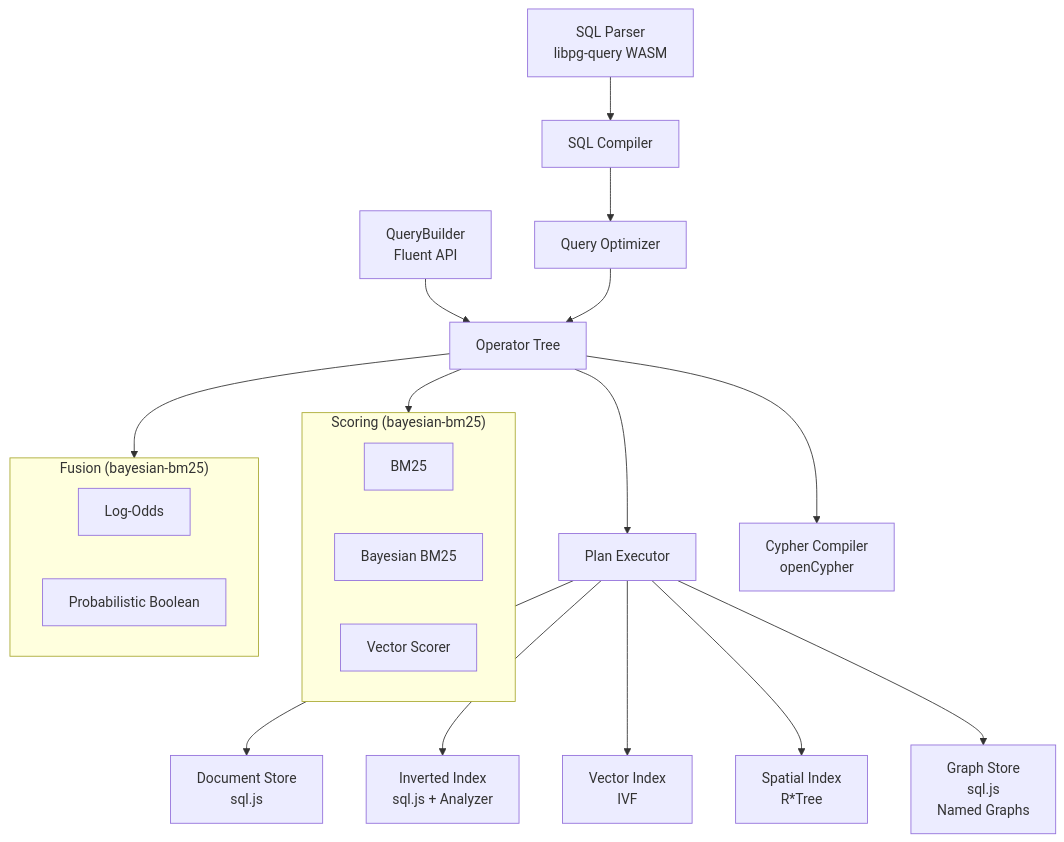
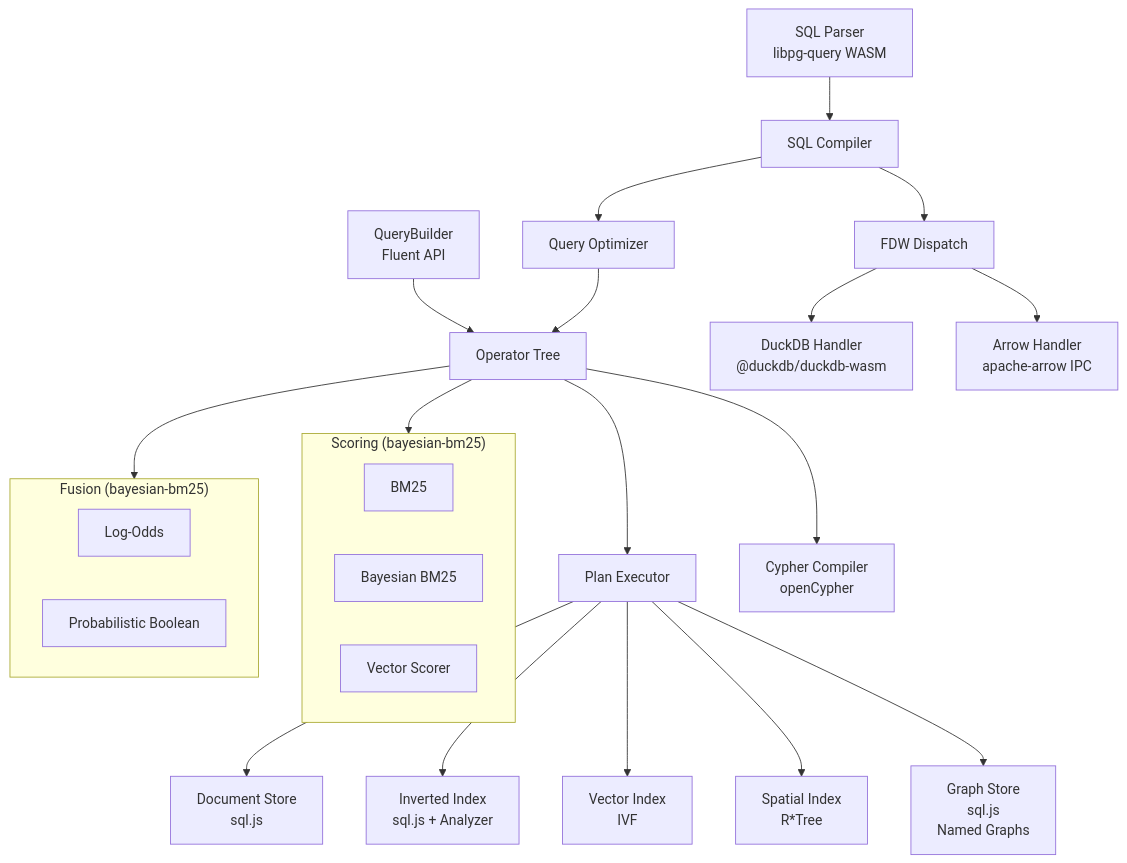
One commit to cognica-io/uqa-js changed the diagram in README.md. Above: the diagram before and after it, drawn with Mermaid. The commit also changed other lines of this file and 6 other files, not shown here.

First line of the commit message:
Integrate FDW handlers into SQL compiler, fix DROP FOREIGN TABLE

````diff
--- a/README.md
+++ b/README.md
@@ -350,30 +403,34 @@
 ```mermaid
 graph TD
     SQL[SQL Parser<br/>libpg-query WASM] --> Compiler[SQL Compiler]
     QB[QueryBuilder<br/>Fluent API] --> Operators
 
     Compiler --> Optimizer[Query Optimizer]
     Optimizer --> Operators[Operator Tree]
     Operators --> Executor[Plan Executor]
     Operators --> Cypher[Cypher Compiler<br/>openCypher]
 
     Executor --> DS[Document Store<br/>sql.js]
     Executor --> II[Inverted Index<br/>sql.js + Analyzer]
     Executor --> VI["Vector Index<br/>IVF"]
     Executor --> SI[Spatial Index<br/>R*Tree]
     Executor --> GS[Graph Store<br/>sql.js<br/>Named Graphs]
 
+    Compiler --> FDW[FDW Dispatch]
+    FDW --> DuckDB["DuckDB Handler<br/>@duckdb/duckdb-wasm"]
+    FDW --> Arrow["Arrow Handler<br/>apache-arrow IPC"]
+
     subgraph Scoring ["Scoring (bayesian-bm25)"]
         BM25[BM25]
         BBFS[Bayesian BM25]
         VS[Vector Scorer]
     end
 
     subgraph Fusion ["Fusion (bayesian-bm25)"]
         LO[Log-Odds]
         PB[Probabilistic Boolean]
     end
 
     Operators --> Scoring
     Operators --> Fusion
 ```
````
